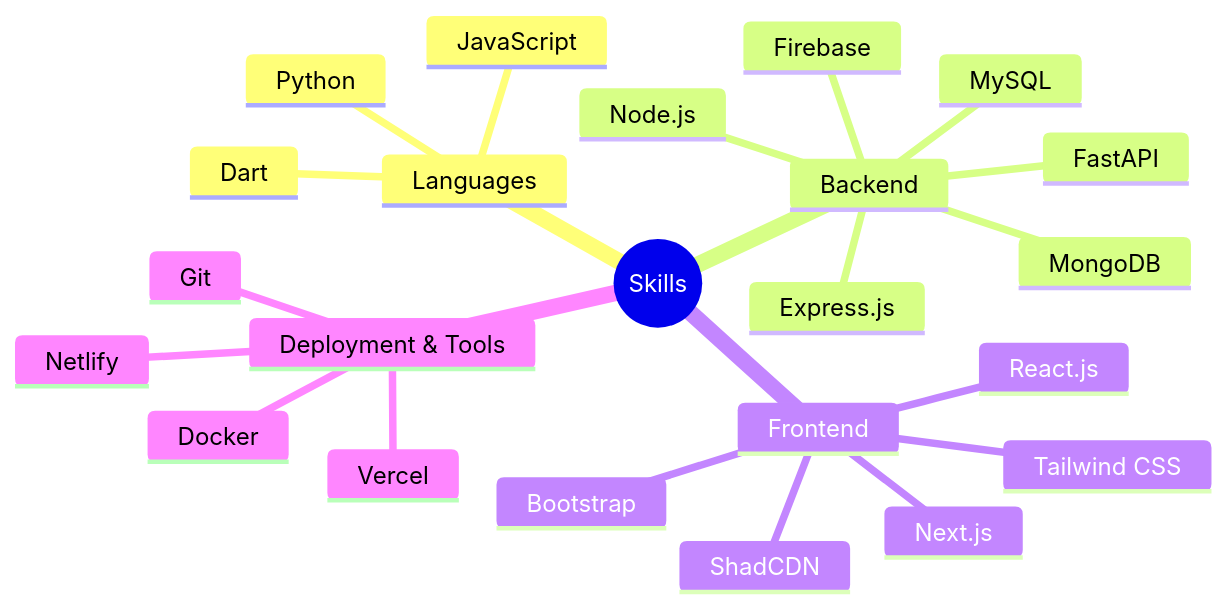
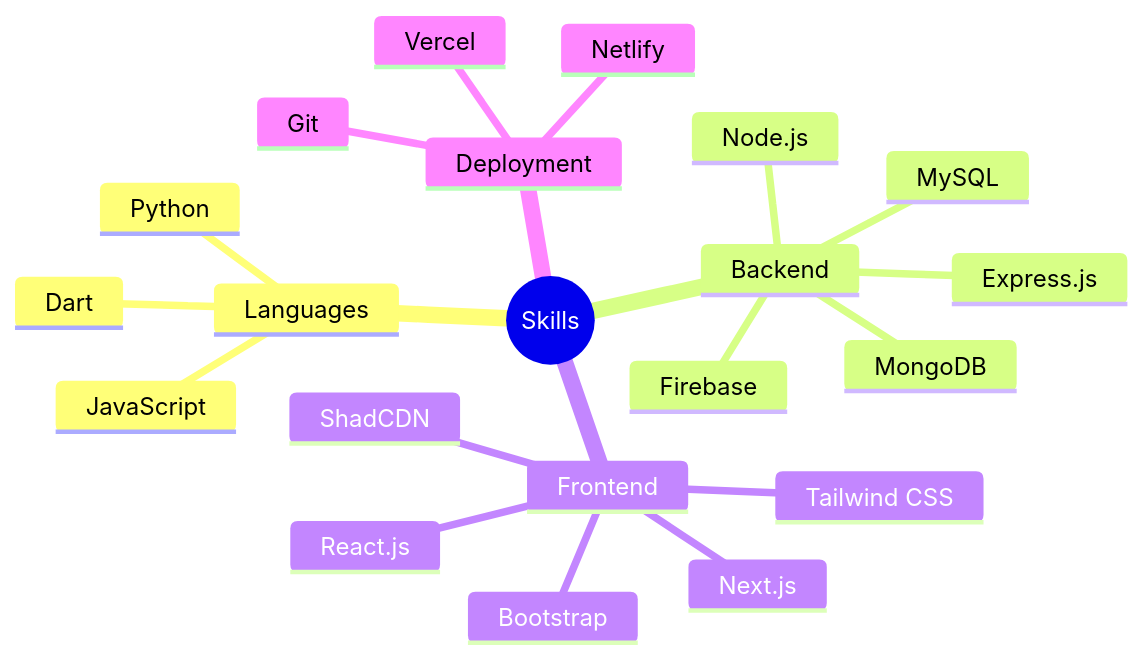
One commit to MisbahHaq/MisbahHaq changed the diagram in README.md. Above: the diagram before and after it, drawn with Mermaid.

Commit message:
README.md

````diff
--- a/README.md
+++ b/README.md
@@ -14,26 +14,24 @@
 ```mermaid
 mindmap
   root((Skills))
     Languages
       JavaScript
       Python
       Dart
     Backend 
       Node.js
       Express.js
-      FastAPI
       Firebase
       MySQL
       MongoDB
     Frontend 
       React.js
       Next.js
       Tailwind CSS
       Bootstrap
       ShadCDN
-    Deployment & Tools 
+    Deployment
       Git
-      Docker
       Vercel
       Netlify
 ```
````
